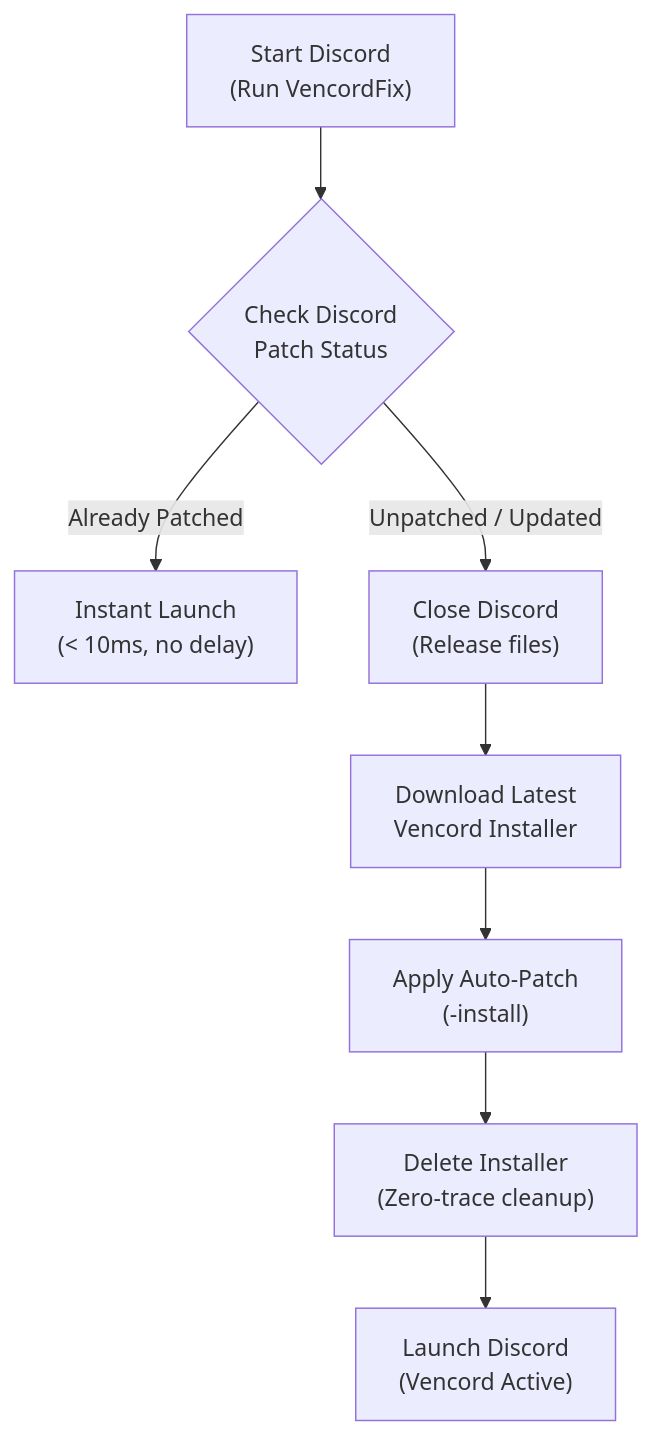
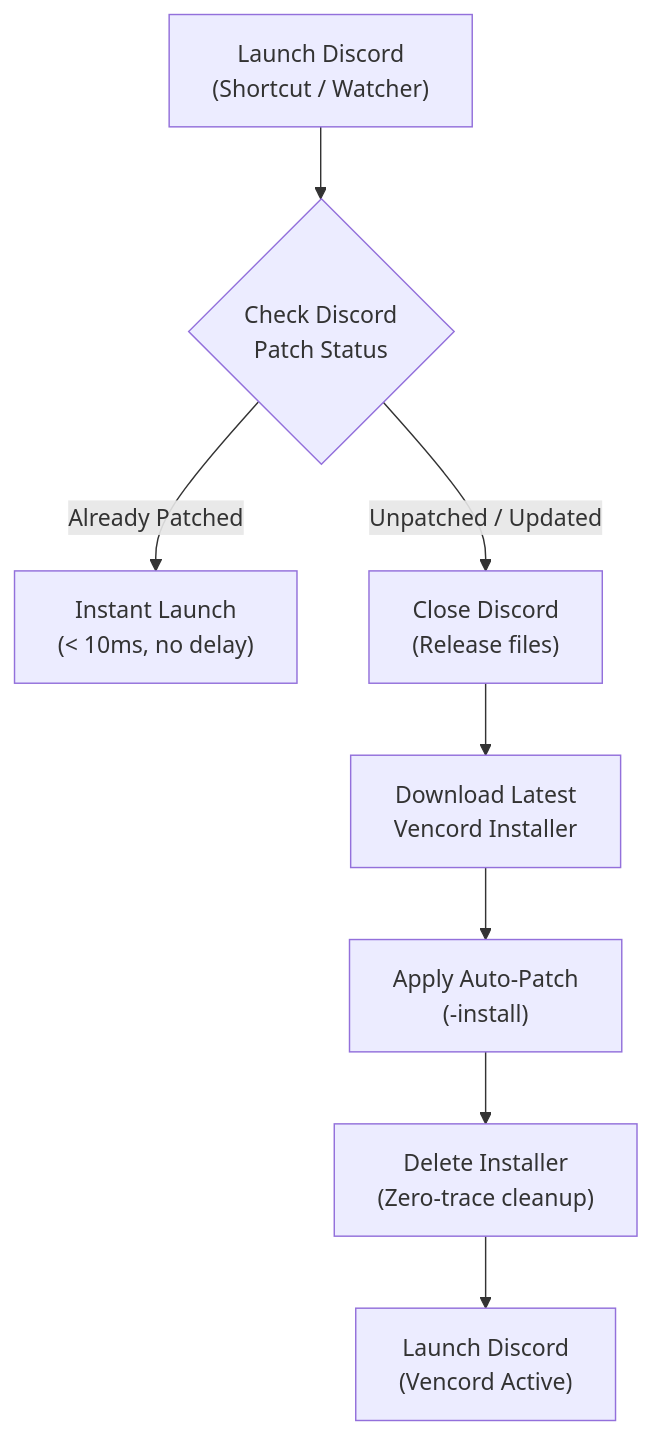
One commit to eclipse999/VencordFix changed the diagram in README.md. Above: the diagram before and after it, drawn with Mermaid. The commit also changed other lines of this file and 1 other file, not shown here.

Commit message:
docs: update features, flowchart, and directory tree to reflect GUI and assets

````diff
--- a/README.md
+++ b/README.md
@@ -71,10 +72,10 @@
 ```mermaid
 flowchart TD
-    A["Start Discord<br/>(Run VencordFix)"] --> B{"Check Discord<br/>Patch Status"}
+    A["Launch Discord<br/>(Shortcut / Watcher)"] --> B{"Check Discord<br/>Patch Status"}
     B -->|Already Patched| C["Instant Launch<br/>(&lt; 10ms, no delay)"]
     B -->|Unpatched / Updated| D["Close Discord<br/>(Release files)"]
     D --> E["Download Latest<br/>Vencord Installer"]
     E --> F["Apply Auto-Patch<br/>(-install)"]
     F --> G["Delete Installer<br/>(Zero-trace cleanup)"]
     G --> H["Launch Discord<br/>(Vencord Active)"]
 ```
````
